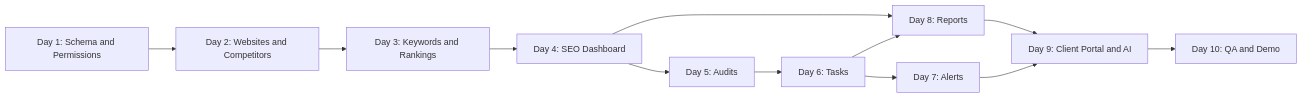
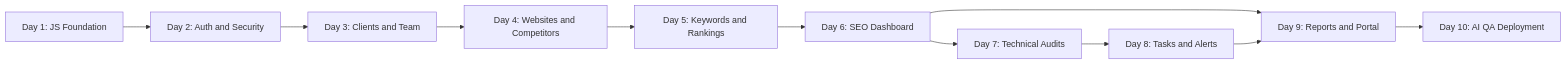
One commit to farhansldm/SLDM-seo changed the eighth of 8 diagrams in features-use-cases-10-day-timeline.md. Above: the diagram before and after it, drawn with Mermaid. The commit also changed other lines of this file and 32 other files, not shown here.

Commit message:
Day 1 Project Foundation is implemented as a JavaScript-only full-stack foundation

````diff
--- a/features-use-cases-10-day-timeline.md
+++ b/features-use-cases-10-day-timeline.md
@@ -575,25 +657,24 @@
 ```mermaid
 flowchart LR
-    D1[Day 1: Schema and Permissions]
-    D2[Day 2: Websites and Competitors]
-    D3[Day 3: Keywords and Rankings]
-    D4[Day 4: SEO Dashboard]
-    D5[Day 5: Audits]
-    D6[Day 6: Tasks]
-    D7[Day 7: Alerts]
-    D8[Day 8: Reports]
-    D9[Day 9: Client Portal and AI]
-    D10[Day 10: QA and Demo]
+    D1[Day 1: JS Foundation]
+    D2[Day 2: Auth and Security]
+    D3[Day 3: Clients and Team]
+    D4[Day 4: Websites and Competitors]
+    D5[Day 5: Keywords and Rankings]
+    D6[Day 6: SEO Dashboard]
+    D7[Day 7: Technical Audits]
+    D8[Day 8: Tasks and Alerts]
+    D9[Day 9: Reports and Portal]
+    D10[Day 10: AI QA Deployment]
 
     D1 --> D2
     D2 --> D3
     D3 --> D4
     D4 --> D5
     D5 --> D6
     D6 --> D7
-    D4 --> D8
-    D6 --> D8
+    D7 --> D8
+    D6 --> D9
     D8 --> D9
-    D7 --> D9
     D9 --> D10
 ```
````
